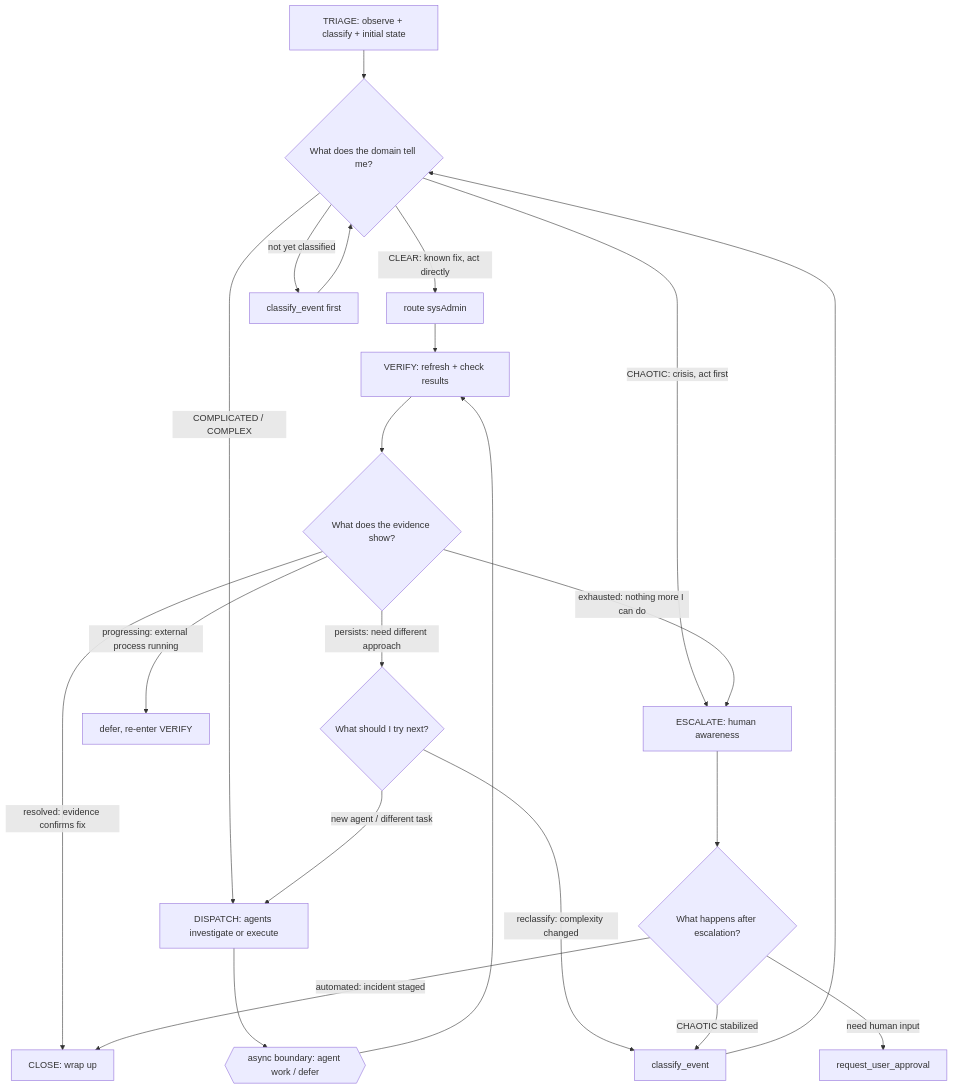
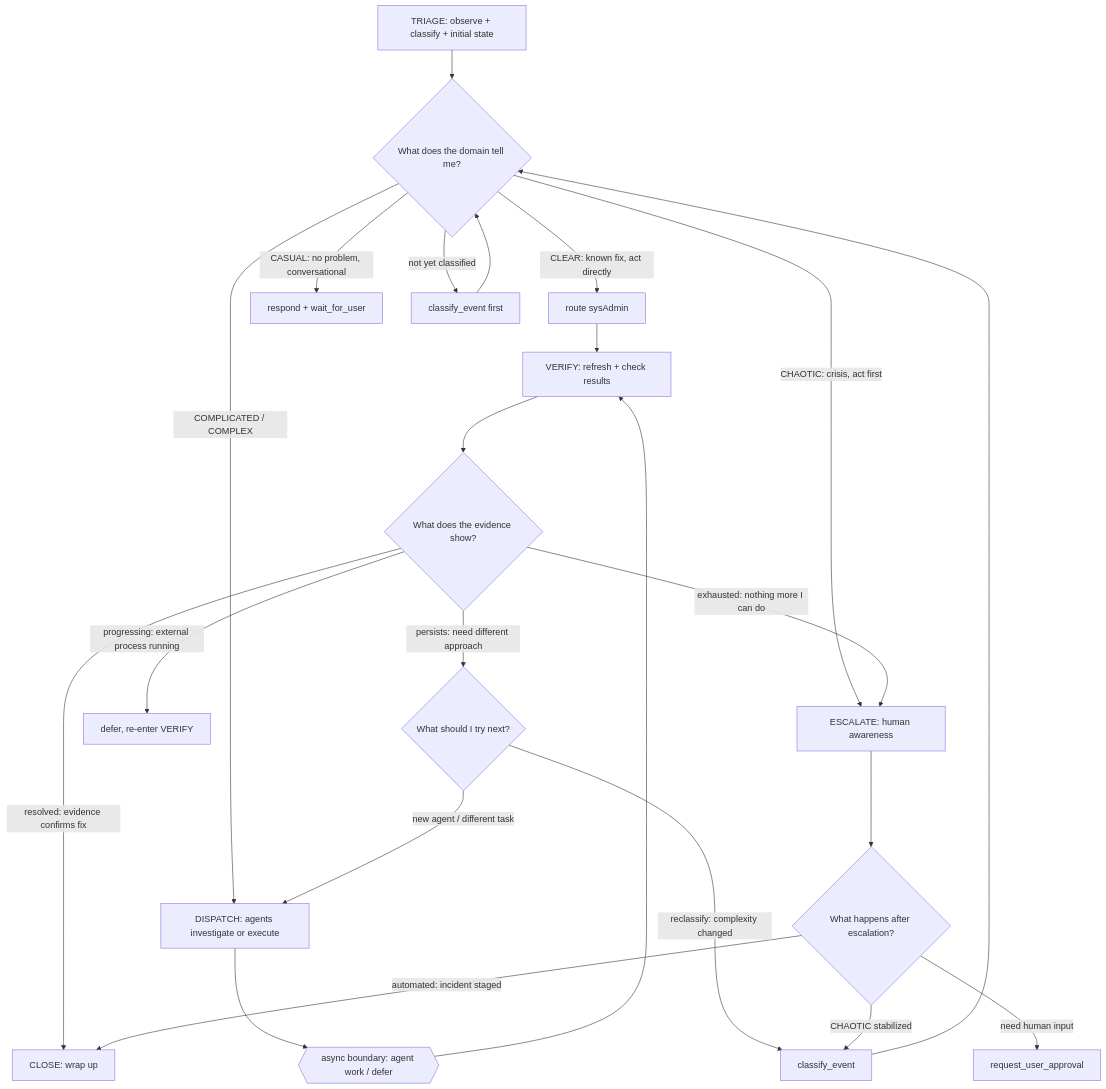
The first of 5 diagrams in src/agents/brain_skills/always/09-phase-lifecycle.md (The-Darwin-Project/Blackboard), drawn with Mermaid before and after one commit. The commit also changed 17 other files, not shown here.

First line of the commit message:
feat: add CASUAL Cynefin domain for non-problem chat/slack interactions

````diff
--- a/src/agents/brain_skills/always/09-phase-lifecycle.md
+++ b/src/agents/brain_skills/always/09-phase-lifecycle.md
@@ -15,39 +15,40 @@
 ```mermaid
 graph TD
     TRIAGE["TRIAGE: observe + classify + initial state"]
 
     TRIAGE --> ASSESS{"What does the domain tell me?"}
 
     ASSESS -->|"CLEAR: known fix, act directly"| CLEAR_SKIP["route sysAdmin"]
     CLEAR_SKIP --> VERIFY
     ASSESS -->|"COMPLICATED / COMPLEX"| DISPATCH
     ASSESS -->|"CHAOTIC: crisis, act first"| ESCALATE
+    ASSESS -->|"CASUAL: no problem, conversational"| CASUAL_RESPOND["respond + wait_for_user"]
     ASSESS -->|"not yet classified"| CLASSIFY["classify_event first"]
     CLASSIFY --> ASSESS
 
     DISPATCH["DISPATCH: agents investigate or execute"]
 
     DISPATCH --> WAIT_ASYNC{{"async boundary: agent work / defer"}}
 
     WAIT_ASYNC --> VERIFY["VERIFY: refresh + check results"]
 
     VERIFY --> EVAL{"What does the evidence show?"}
 
     EVAL -->|"resolved: evidence confirms fix"| CLOSE
     EVAL -->|"progressing: external process running"| DEFER_WAIT["defer, re-enter VERIFY"]
     EVAL -->|"persists: need different approach"| RETHINK{"What should I try next?"}
     EVAL -->|"exhausted: nothing more I can do"| ESCALATE
 
     RETHINK -->|"new agent / different task"| DISPATCH
     RETHINK -->|"reclassify: complexity changed"| RECLASS["classify_event"]
     RECLASS --> ASSESS
 
     ESCALATE["ESCALATE: human awareness"]
     ESCALATE --> POST_ESC{"What happens after escalation?"}
 
     POST_ESC -->|"automated: incident staged"| CLOSE
     POST_ESC -->|"need human input"| WAIT_HUMAN["request_user_approval"]
     POST_ESC -->|"CHAOTIC stabilized"| RECLASS
 
     CLOSE["CLOSE: wrap up"]
 ```
````
